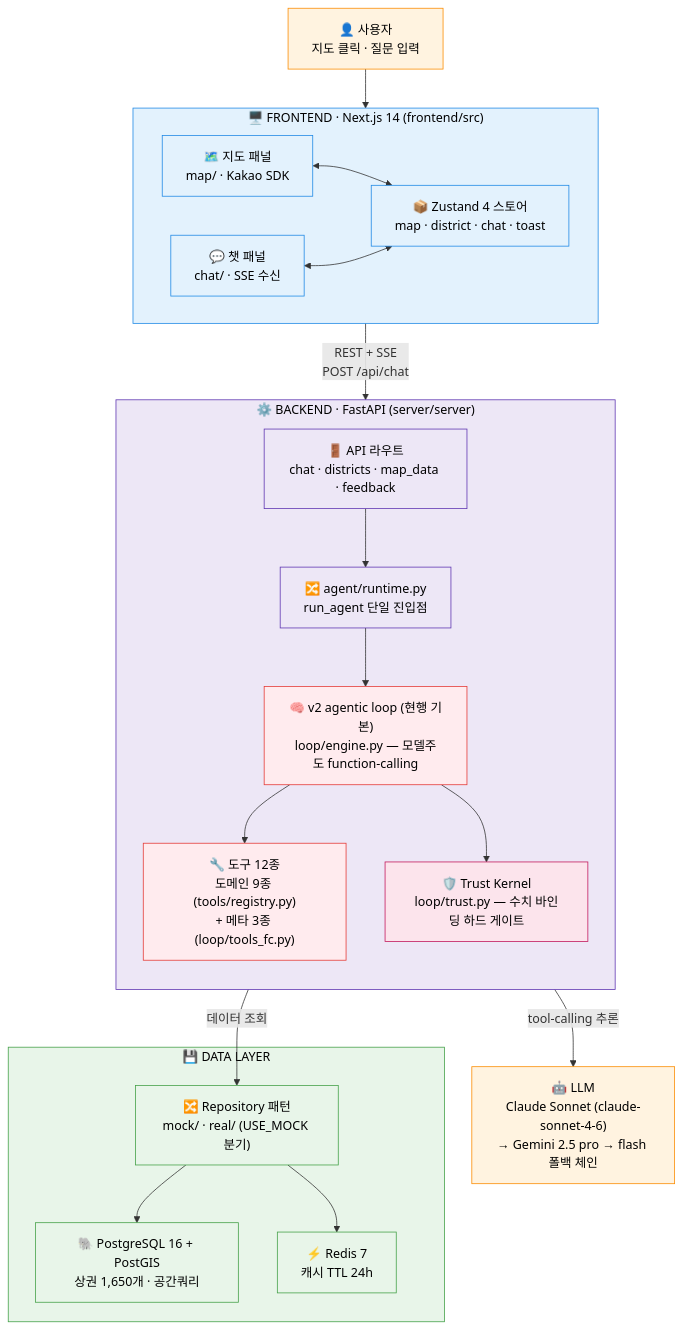
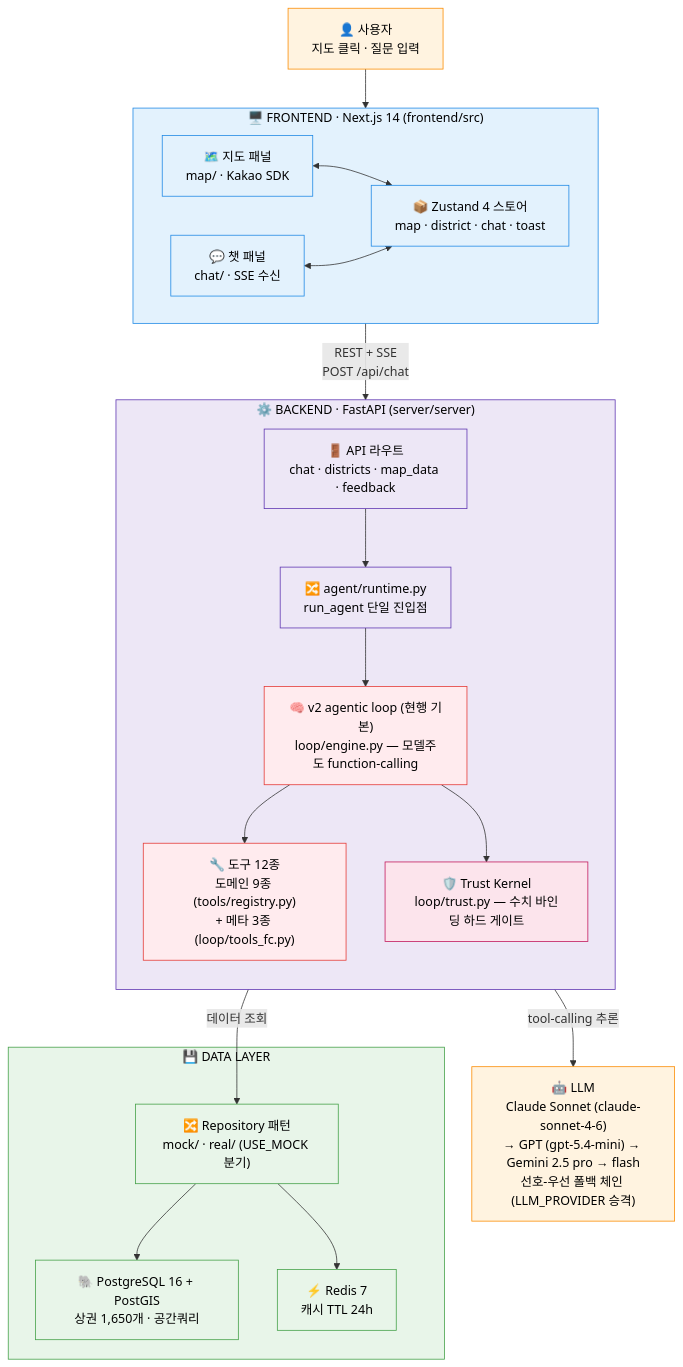
One commit to SJayKim/Catchment-Area-Analysis changed the first of 3 diagrams in docs/learning/ARCHITECTURE-MAP.md. Above: the diagram before and after it, drawn with Mermaid. The commit also changed other lines of this file and 9 other files, not shown here.

````diff
--- a/docs/learning/ARCHITECTURE-MAP.md
+++ b/docs/learning/ARCHITECTURE-MAP.md
@@ -24,54 +24,54 @@
 ```mermaid
 flowchart TB
     USER["👤 사용자<br/>지도 클릭 · 질문 입력"]
 
     subgraph FE["🖥️ FRONTEND · Next.js 14 (frontend/src)"]
         direction LR
         MAP["🗺️ 지도 패널<br/>map/ · Kakao SDK"]
         CHAT["💬 챗 패널<br/>chat/ · SSE 수신"]
         STORE["📦 Zustand 4 스토어<br/>map · district · chat · toast"]
         MAP <--> STORE
         CHAT <--> STORE
     end
 
     subgraph BE["⚙️ BACKEND · FastAPI (server/server)"]
         direction TB
         API["🚪 API 라우트<br/>chat · districts · map_data · feedback"]
         RT["🔀 agent/runtime.py<br/>run_agent 단일 진입점"]
         LOOP["🧠 v2 agentic loop (현행 기본)<br/>loop/engine.py — 모델주도 function-calling"]
         TK["🛡️ Trust Kernel<br/>loop/trust.py — 수치 바인딩 하드 게이트"]
         TOOLS["🔧 도구 12종<br/>도메인 9종 (tools/registry.py)<br/>+ 메타 3종 (loop/tools_fc.py)"]
         API --> RT
         RT --> LOOP
         LOOP --> TOOLS
         LOOP --> TK
     end
 
     subgraph DATA["💾 DATA LAYER"]
         REPO["🔀 Repository 패턴<br/>mock/ · real/ (USE_MOCK 분기)"]
         PG["🐘 PostgreSQL 16 + PostGIS<br/>상권 1,650개 · 공간쿼리"]
         RD["⚡ Redis 7<br/>캐시 TTL 24h"]
         REPO --> PG
         REPO --> RD
     end
 
-    LLM["🤖 LLM<br/>Claude Sonnet (claude-sonnet-4-6)<br/>→ Gemini 2.5 pro → flash 폴백 체인"]
+    LLM["🤖 LLM<br/>Claude Sonnet (claude-sonnet-4-6)<br/>→ GPT (gpt-5.4-mini) → Gemini 2.5 pro → flash<br/>선호-우선 폴백 체인 (LLM_PROVIDER 승격)"]
 
     USER --> FE
     FE -->|"REST + SSE<br/>POST /api/chat"| BE
     TOOLS -->|"데이터 조회"| REPO
     LOOP -->|"tool-calling 추론"| LLM
 
     classDef fe fill:#e3f2fd,stroke:#1e88e5,color:#000
     classDef be fill:#ede7f6,stroke:#5e35b1,color:#000
     classDef agent fill:#ffebee,stroke:#e53935,color:#000
     classDef data fill:#e8f5e9,stroke:#43a047,color:#000
     classDef ext fill:#fff3e0,stroke:#fb8c00,color:#000
     classDef gate fill:#fce4ec,stroke:#c2185b,color:#000
     class FE,MAP,CHAT,STORE fe
     class BE,API,RT be
     class LOOP,TOOLS agent
     class TK gate
     class DATA,REPO,PG,RD data
     class LLM,USER ext
 ```
````
